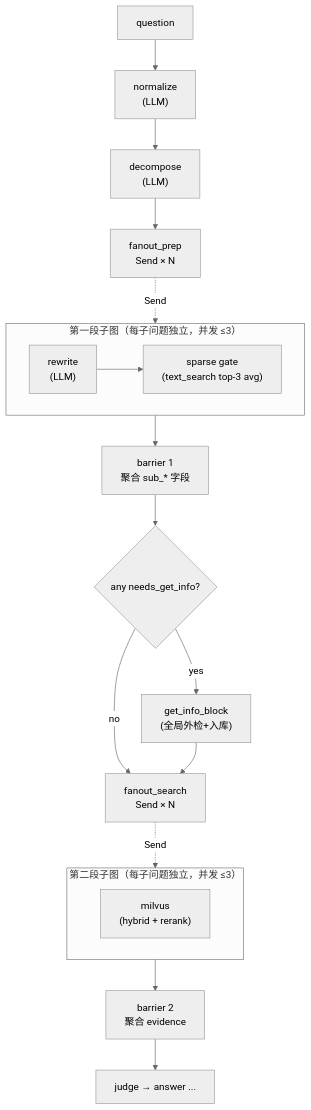
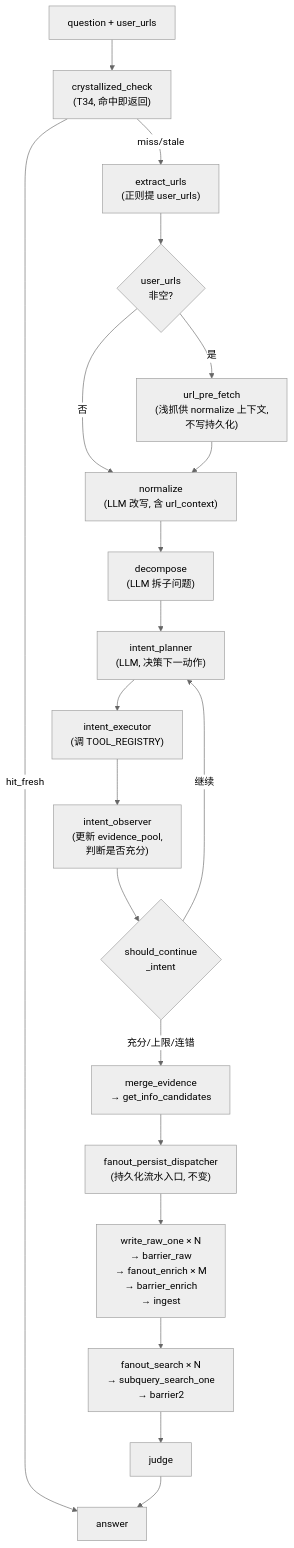
Before and after one commit to mengsi16/brain-base: the first of 2 diagrams in CLAUDE.md, drawn with Mermaid (neutral theme). The commit also changed other lines of this file and 48 other files, not shown here.

````diff
--- a/CLAUDE.md
+++ b/CLAUDE.md
@@ -68,27 +70,22 @@
 ```mermaid
 flowchart TD
-    Q["question"] --> N["normalize<br/>(LLM)"]
-    N --> D["decompose<br/>(LLM)"]
-    D --> DISP1["fanout_prep<br/>Send × N"]
-
-    subgraph PIPE1["第一段子图（每子问题独立，并发 ≤3）"]
-        direction LR
-        RW["rewrite<br/>(LLM)"] --> SG["sparse gate<br/>(text_search top-3 avg)"]
-    end
-
-    DISP1 -.Send.-> PIPE1
-    PIPE1 --> B1["barrier 1<br/>聚合 sub_* 字段"]
-    B1 --> GATE{"any needs_get_info?"}
-    GATE -- "yes" --> GI["get_info_block<br/>(全局外检+入库)"]
-    GATE -- "no" --> DISP2["fanout_search<br/>Send × N"]
-    GI --> DISP2
-
-    subgraph PIPE2["第二段子图（每子问题独立，并发 ≤3）"]
-        direction LR
-        MS["milvus<br/>(hybrid + rerank)"]
-    end
-
-    DISP2 -.Send.-> PIPE2
-    PIPE2 --> B2["barrier 2<br/>聚合 evidence"]
-    B2 --> J["judge → answer ..."]
+    Q["question + user_urls"] --> CC["crystallized_check<br/>(T34, 命中即返回)"]
+    CC -->|"hit_fresh"| ANS["answer"]
+    CC -->|"miss/stale"| EX["extract_urls<br/>(正则提 user_urls)"]
+    EX --> UPF{"user_urls<br/>非空?"}
+    UPF -->|"是"| PF["url_pre_fetch<br/>(浅抓供 normalize 上下文,<br/>不写持久化)"]
+    UPF -->|"否"| N["normalize<br/>(LLM 改写, 含 url_context)"]
+    PF --> N
+    N --> D["decompose<br/>(LLM 拆子问题)"]
+    D --> IP["intent_planner<br/>(LLM, 决策下一动作)"]
+    IP --> IE["intent_executor<br/>(调 TOOL_REGISTRY)"]
+    IE --> IO["intent_observer<br/>(更新 evidence_pool,<br/>判断是否充分)"]
+    IO --> SCI{"should_continue<br/>_intent"}
+    SCI -->|"继续"| IP
+    SCI -->|"充分/上限/连错"| ME["merge_evidence<br/>→ get_info_candidates"]
+    ME --> FPD["fanout_persist_dispatcher<br/>(持久化流水入口, 不变)"]
+    FPD --> WR["write_raw_one × N<br/>→ barrier_raw<br/>→ fanout_enrich × M<br/>→ barrier_enrich<br/>→ ingest"]
+    WR --> FSD["fanout_search × N<br/>→ subquery_search_one<br/>→ barrier2"]
+    FSD --> J["judge"]
+    J --> ANS
 ```
````
